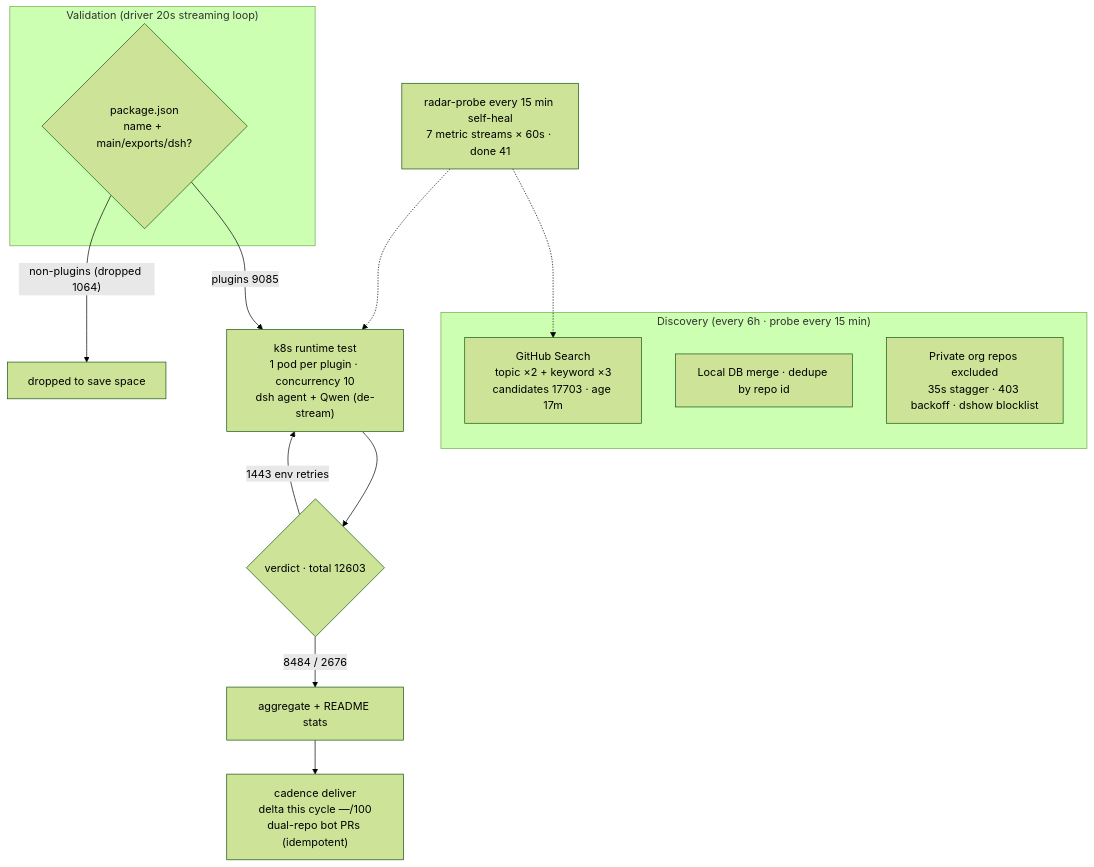
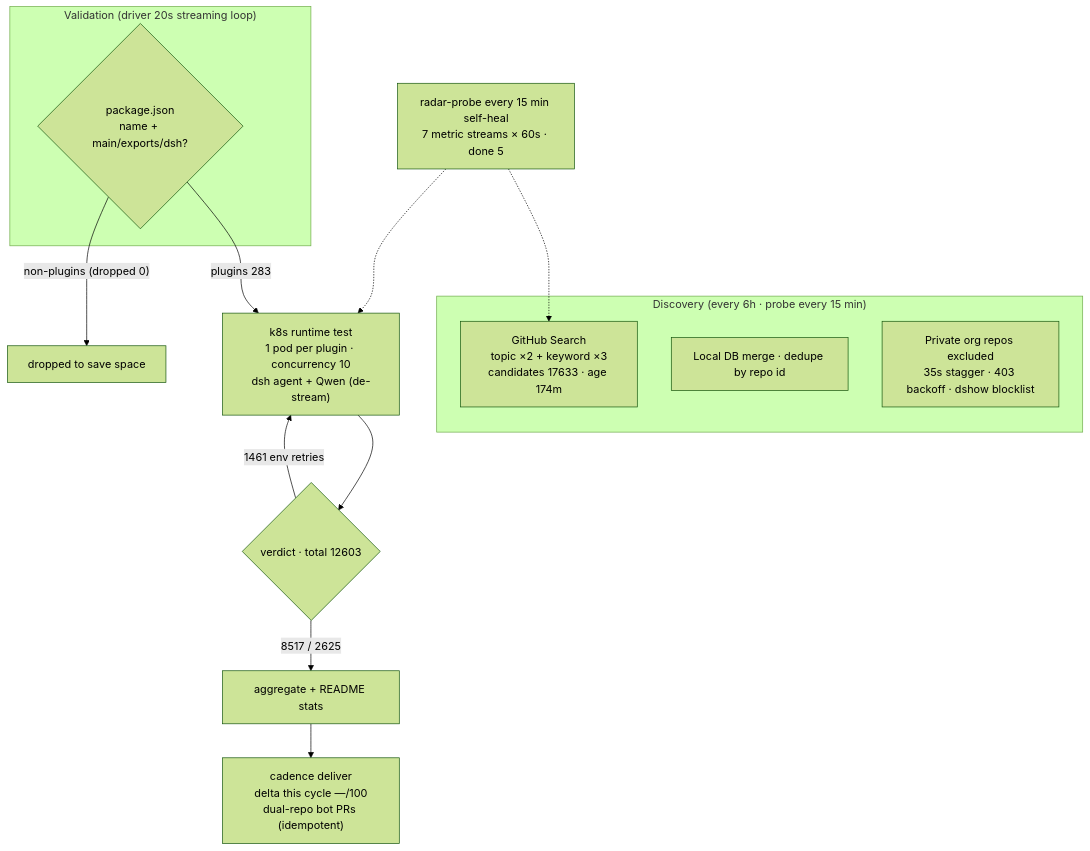
One commit to Zhidao-Lab-OSS/awesome-dsh-plugins changed the diagram in README.en-US.md. Above: the diagram before and after it, drawn with Mermaid (forest theme). The commit also changed other lines of this file and 1 other file, not shown here.

````diff
--- a/README.en-US.md
+++ b/README.en-US.md
@@ -45,20 +45,20 @@
 ```mermaid
 flowchart TB
     subgraph Discovery["Discovery (every 6h · probe every 15 min)"]
-        A1["GitHub Search<br/>topic ×2 + keyword ×3<br/>candidates 17703 · age 17m"]
+        A1["GitHub Search<br/>topic ×2 + keyword ×3<br/>candidates 17633 · age 174m"]
         A2["Local DB merge · dedupe by repo id"]
         A3["Private org repos excluded<br/>35s stagger · 403 backoff · dshow blocklist"]
     end
     subgraph Validation["Validation (driver 20s streaming loop)"]
         B1{"package.json<br/>name + main/exports/dsh?"}
     end
-    B1 -->|"plugins 9085"| C1["k8s runtime test<br/>1 pod per plugin · concurrency 10<br/>dsh agent + Qwen (de-stream)"]
-    B1 -->|"non-plugins (dropped 1064)"| B3["dropped to save space"]
+    B1 -->|"plugins 283"| C1["k8s runtime test<br/>1 pod per plugin · concurrency 10<br/>dsh agent + Qwen (de-stream)"]
+    B1 -->|"non-plugins (dropped 0)"| B3["dropped to save space"]
     C1 --> D1{"verdict · total 12603"}
-    D1 -->|"8484 / 2676"| E1["aggregate + README stats"]
-    D1 -->|"1443 env retries"| C1
+    D1 -->|"8517 / 2625"| E1["aggregate + README stats"]
+    D1 -->|"1461 env retries"| C1
     E1 --> E2["cadence deliver<br/>delta this cycle —/100<br/>dual-repo bot PRs (idempotent)"]
-    M["radar-probe every 15 min self-heal<br/>7 metric streams × 60s · done 41"]
+    M["radar-probe every 15 min self-heal<br/>7 metric streams × 60s · done 5"]
     M -.-> A1
     M -.-> C1
 ```
````
